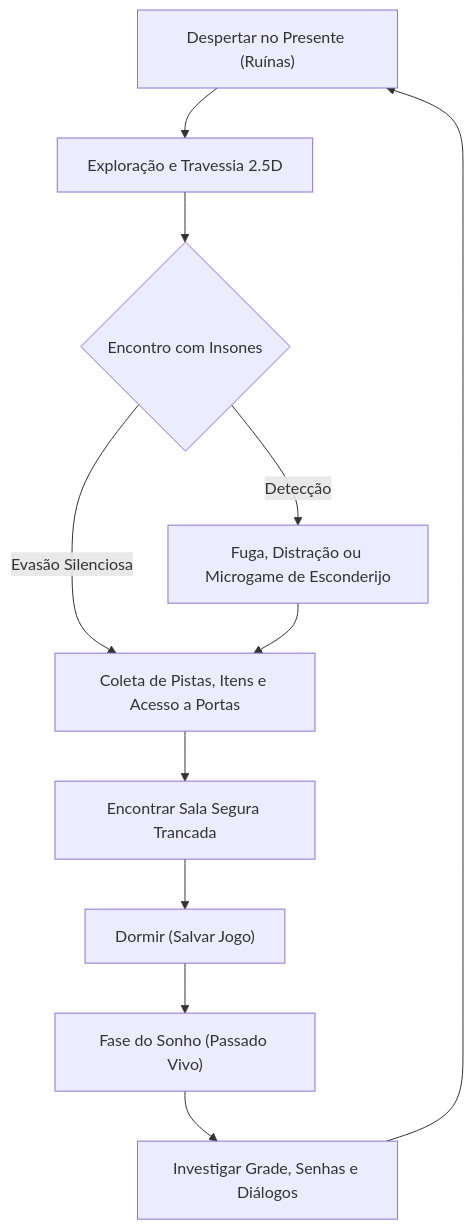
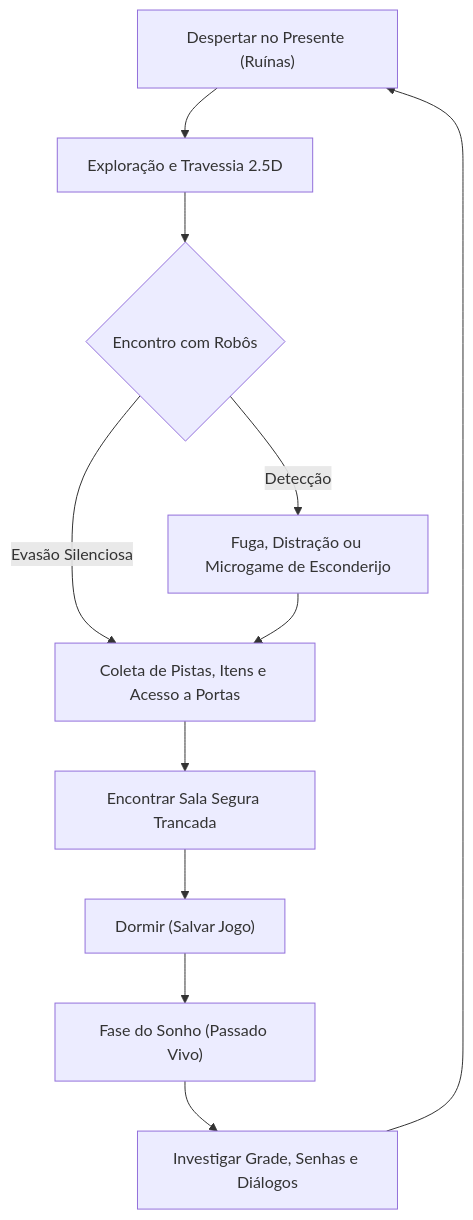
One commit to DaviiMiranda/Ankhor changed the diagram in docs/mecanicas/README.md. Above: the diagram before and after it, drawn with Mermaid. The commit also changed other lines of this file and 30 other files, not shown here.

````diff
--- a/docs/mecanicas/README.md
+++ b/docs/mecanicas/README.md
@@ -9,13 +9,13 @@
 ```mermaid
 graph TD
     A["Despertar no Presente (Ruínas)"] --> B["Exploração e Travessia 2.5D"]
-    B --> C{"Encontro com Insones"}
+    B --> C{"Encontro com Robôs"}
     C -- "Detecção" --> D["Fuga, Distração ou Microgame de Esconderijo"]
     C -- "Evasão Silenciosa" --> E["Coleta de Pistas, Itens e Acesso a Portas"]
     D --> E
     E --> F["Encontrar Sala Segura Trancada"]
     F --> G["Dormir (Salvar Jogo)"]
     G --> H["Fase do Sonho (Passado Vivo)"]
     H --> I["Investigar Grade, Senhas e Diálogos"]
     I --> A
 ```
````
